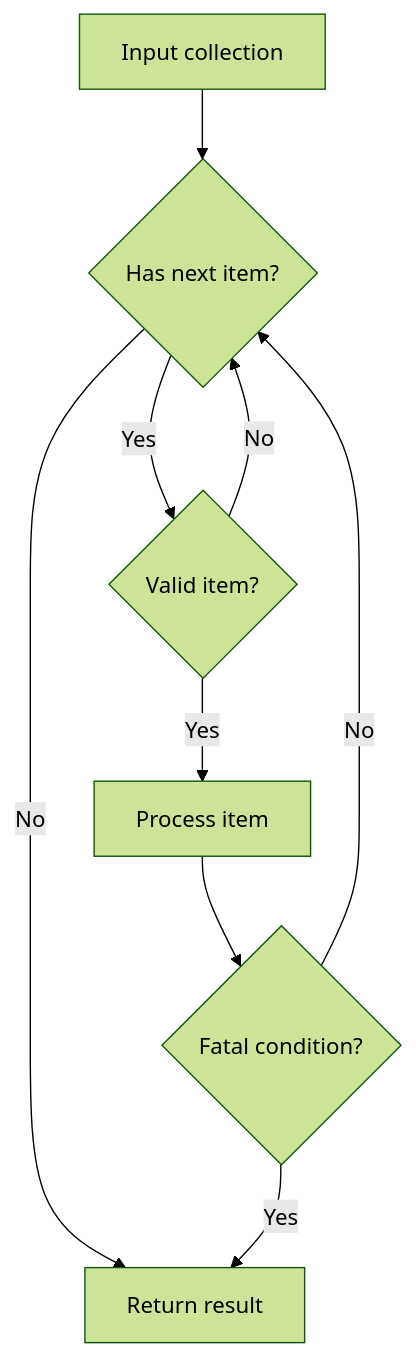
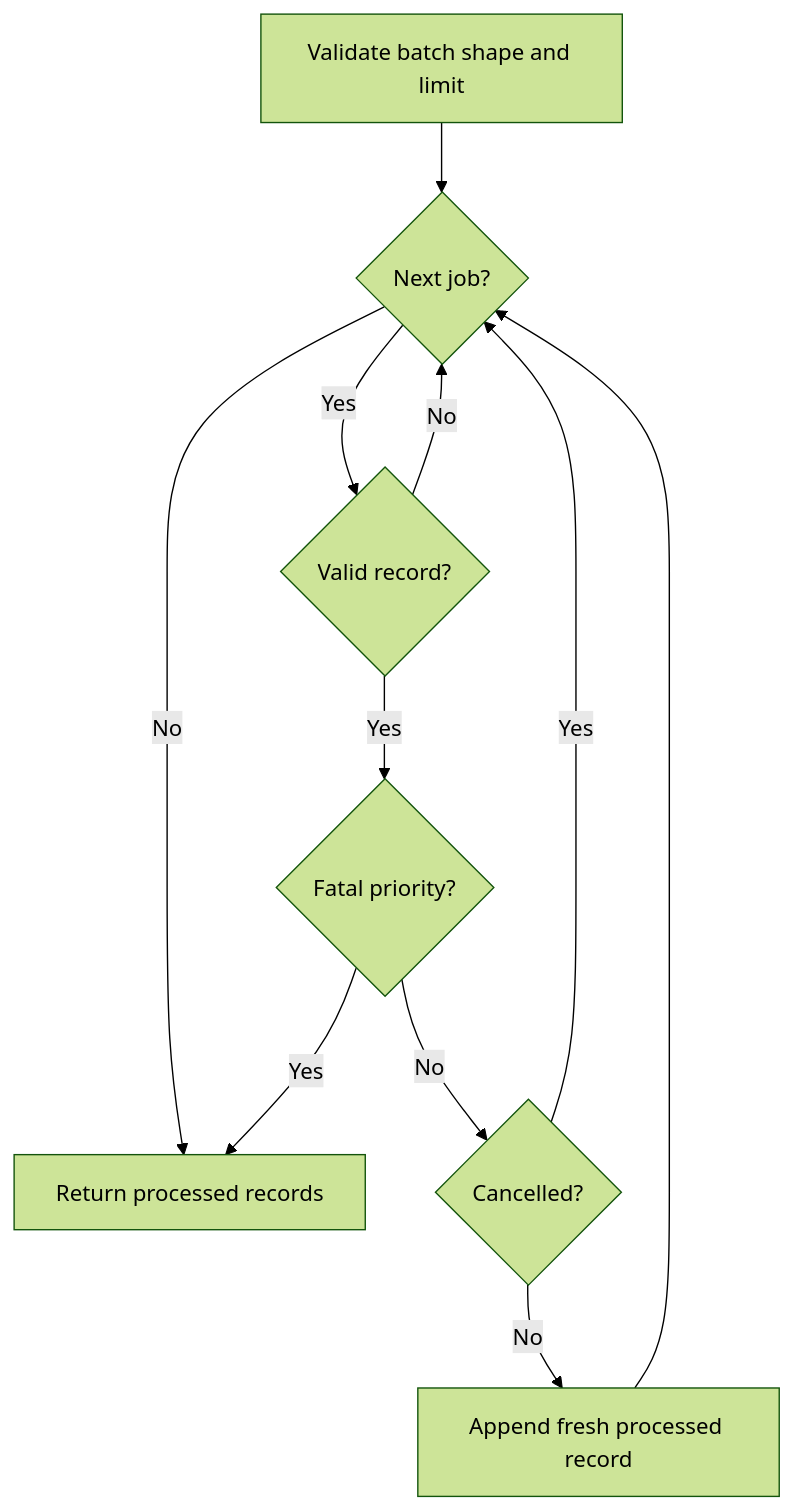
Before and after one commit to st0107/javascript-mastery-book: the first of 2 diagrams in docs/volume-1/chapter-06/03-internal-working.md, drawn with Mermaid (forest theme). The commit also changed other lines of this file and 138 other files, not shown here.

````diff
--- a/docs/volume-1/chapter-06/03-internal-working.md
+++ b/docs/volume-1/chapter-06/03-internal-working.md
@@ -11,11 +5,13 @@
 ```mermaid
 flowchart TD
-  A[Input collection] --> B{Has next item?}
-  B -->|No| C[Return result]
-  B -->|Yes| D{Valid item?}
-  D -->|No| B
-  D -->|Yes| E[Process item]
-  E --> F{Fatal condition?}
-  F -->|Yes| C
-  F -->|No| B
+    A["Validate batch shape and limit"] --> B{"Next job?"}
+    B -- No --> R["Return processed records"]
+    B -- Yes --> C{"Valid record?"}
+    C -- No --> B
+    C -- Yes --> D{"Fatal priority?"}
+    D -- Yes --> R
+    D -- No --> E{"Cancelled?"}
+    E -- Yes --> B
+    E -- No --> F["Append fresh processed record"]
+    F --> B
 ```
````
